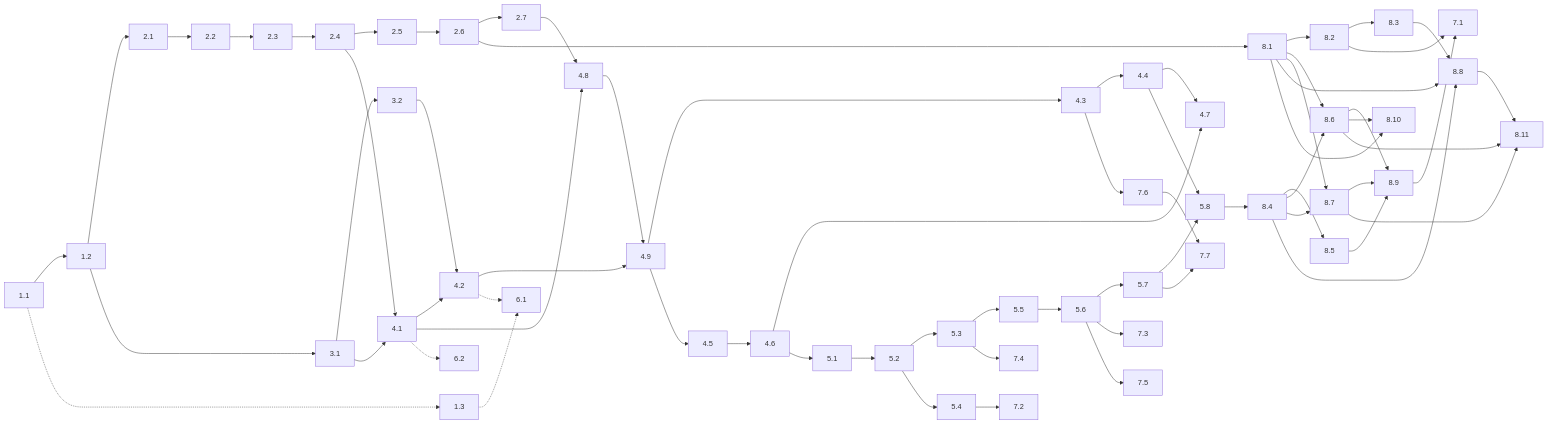
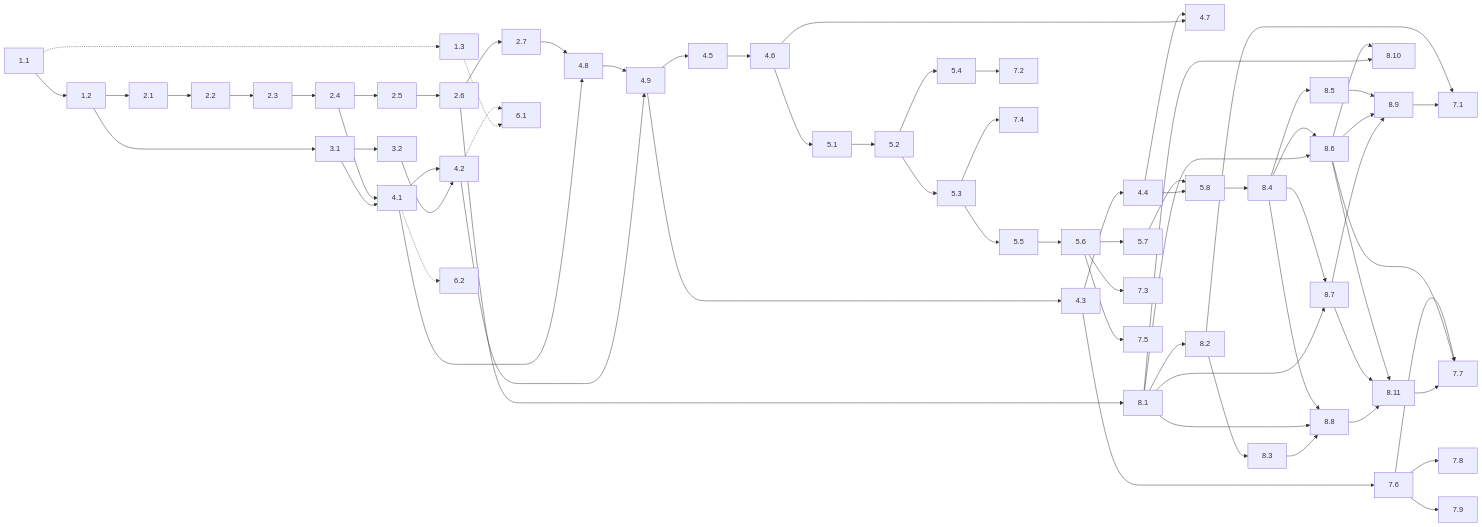
The diagram in briefs/README.md (JacobHayes/cairn), drawn with Mermaid before and after one commit. The commit also changed other lines of this file and 10 other files, not shown here.

````diff
--- a/briefs/README.md
+++ b/briefs/README.md
@@ -77,34 +79,36 @@
 ```mermaid
 flowchart LR
     s11[1.1] --> s12[1.2] --> s21[2.1] --> s22[2.2] --> s23[2.3] --> s24[2.4] --> s25[2.5] --> s26[2.6] --> s27[2.7]
     s11 -.-> s13[1.3]
     s12 --> s31[3.1] --> s32[3.2]
     s24 & s31 --> s41[4.1] --> s42[4.2]
     s32 --> s42
     s27 & s41 --> s48[4.8]
     s48 & s42 --> s49[4.9]
     s49 --> s43[4.3] --> s44[4.4]
     s49 --> s45[4.5] --> s46[4.6]
     s44 & s46 --> s47[4.7]
     s46 --> s51[5.1] --> s52[5.2] --> s53[5.3] --> s55[5.5] --> s56[5.6] --> s57[5.7] --> s58[5.8]
     s52 --> s54[5.4]
     s44 --> s58
     s42 & s13 -.-> s61[6.1]
     s41 -.-> s62[6.2]
     s26 --> s81[8.1] --> s82[8.2] --> s83[8.3]
     s58 --> s84[8.4]
     s84 --> s85[8.5]
     s84 & s81 --> s86[8.6]
     s84 & s81 --> s87[8.7]
     s84 & s81 & s83 --> s88[8.8]
     s85 & s86 & s87 --> s89[8.9]
     s86 & s81 --> s810[8.10]
     s86 & s87 & s88 --> s811[8.11]
     s82 & s89 --> s71[7.1]
     s54 --> s72[7.2]
     s56 --> s73[7.3]
     s53 --> s74[7.4]
     s56 --> s75[7.5]
     s43 --> s76[7.6]
-    s76 & s57 --> s77[7.7]
+    s76 & s86 & s811 --> s77[7.7]
+    s76 --> s78[7.8]
+    s76 --> s79[7.9]
 ```
````
